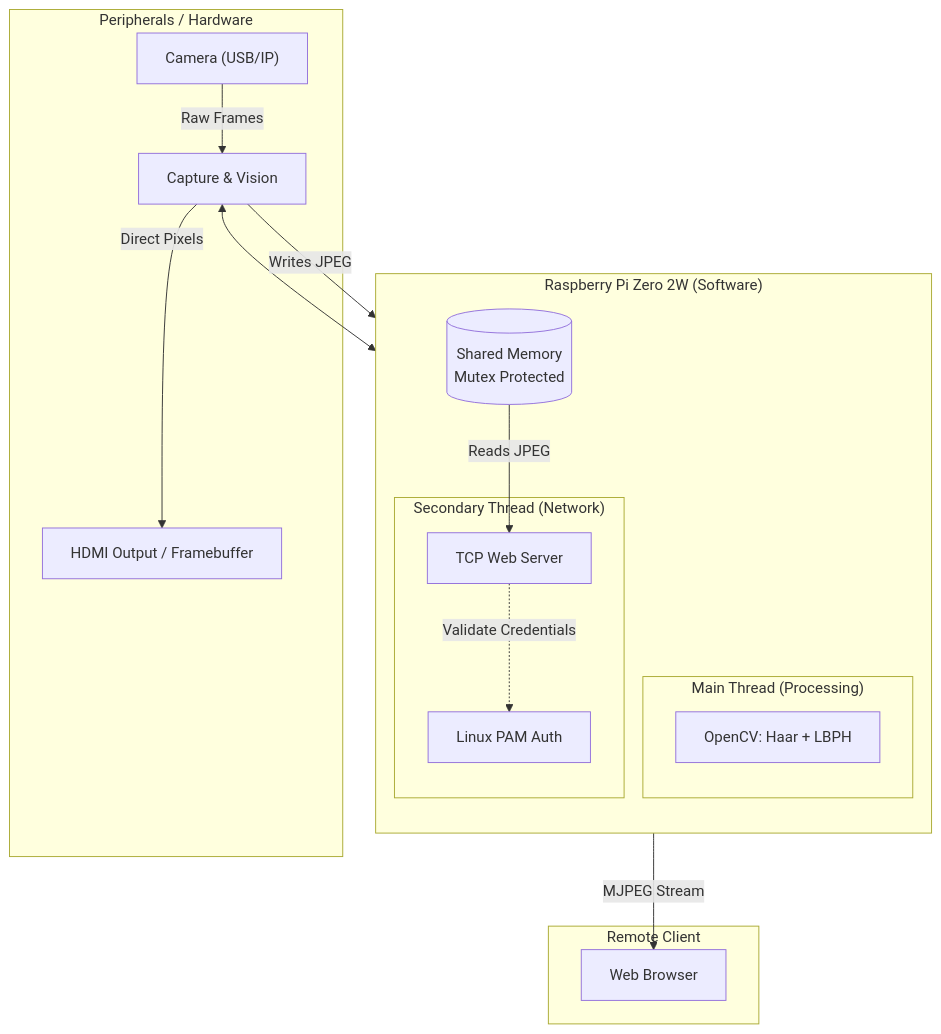
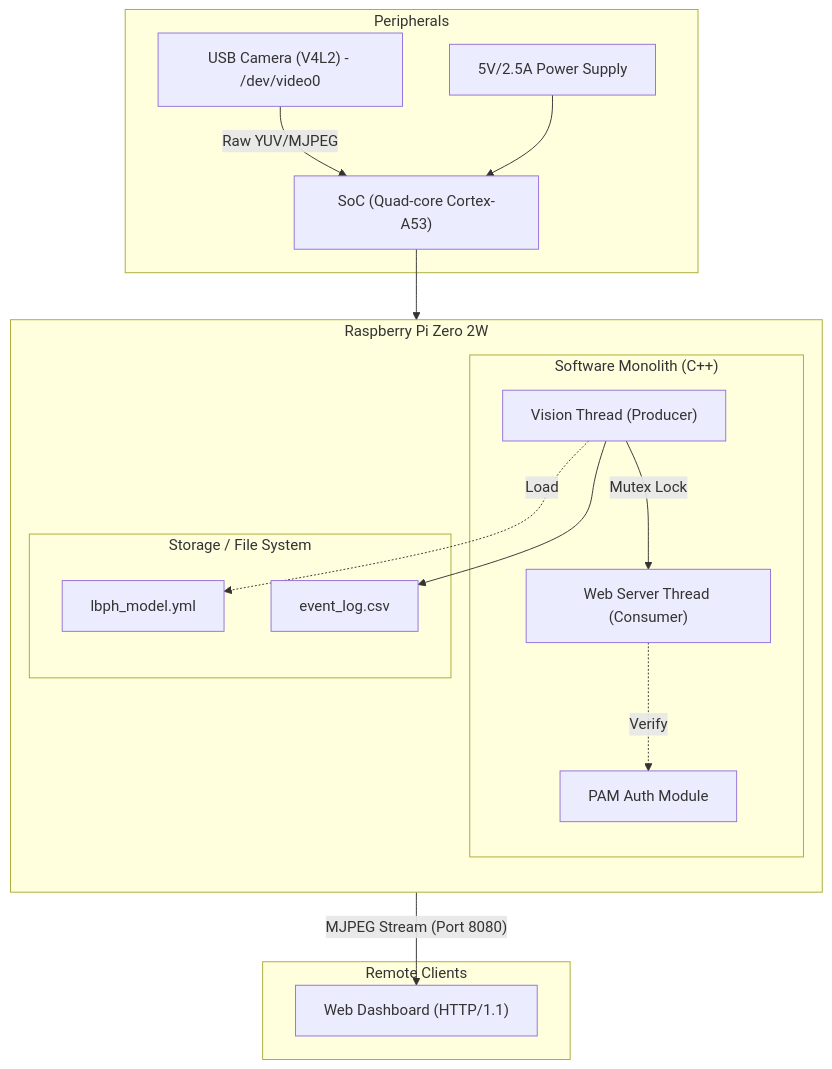
Before and after one commit to jomendietad/Face-Recognition: the first of 2 diagrams in README.md, drawn with Mermaid. The commit also changed other lines of this file and 2 other files, not shown here.

`````diff
--- a/README.md
+++ b/README.md
@@ -25,33 +32,35 @@
 ```mermaid
 graph TD
-    subgraph "Peripherals / Hardware"
-        CAM["Camera (USB/IP)"] -->|Raw Frames| MAIN_THREAD
-        MAIN_THREAD -->|Direct Pixels| HDMI[HDMI Output / Framebuffer]
+    subgraph "Peripherals"
+        CAM["USB Camera (V4L2) - /dev/video0"] -->|Raw YUV/MJPEG| RPI
+        Power["5V/2.5A Power Supply"] --> RPI
     end
 
-    subgraph "Raspberry Pi Zero 2W (Software)"
+    subgraph "Raspberry Pi Zero 2W"
         direction TB
+        RPI["SoC (Quad-core Cortex-A53)"]
         
-        subgraph "Main Thread (Processing)"
-            MAIN_THREAD[Capture & Vision]
-            OPENCV[OpenCV: Haar + LBPH]
-            MAIN_THREAD <--> OPENCV
+        subgraph "Software Monolith (C++)"
+            Vision["Vision Thread (Producer)"]
+            Web["Web Server Thread (Consumer)"]
+            Auth["PAM Auth Module"]
         end
-
-        MEMORIA[(Shared Memory<br>Mutex Protected)]
-
-        subgraph "Secondary Thread (Network)"
-            WEB_SERVER[TCP Web Server]
-            PAM[Linux PAM Auth]
-            WEB_SERVER -.->|Validate Credentials| PAM
+        
+        subgraph "Storage / File System"
+            FS_Models["lbph_model.yml"]
+            FS_Logs["event_log.csv"]
         end
+        
+        RPI --> Vision
+        Vision --"Mutex Lock"--> Web
+        Vision --> FS_Logs
+        Vision -.->|Load| FS_Models
+        Web -.->|Verify| Auth
     end
 
-    subgraph "Remote Client"
-        BROWSER[Web Browser]
+    subgraph "Remote Clients"
+        Browser["Web Dashboard (HTTP/1.1)"]
     end
 
-    MAIN_THREAD -->|Writes JPEG| MEMORIA
-    MEMORIA -->|Reads JPEG| WEB_SERVER
-    WEB_SERVER -->|MJPEG Stream| BROWSER
-```
+    Web -->|"MJPEG Stream (Port 8080)"| Browser
+````
`````
